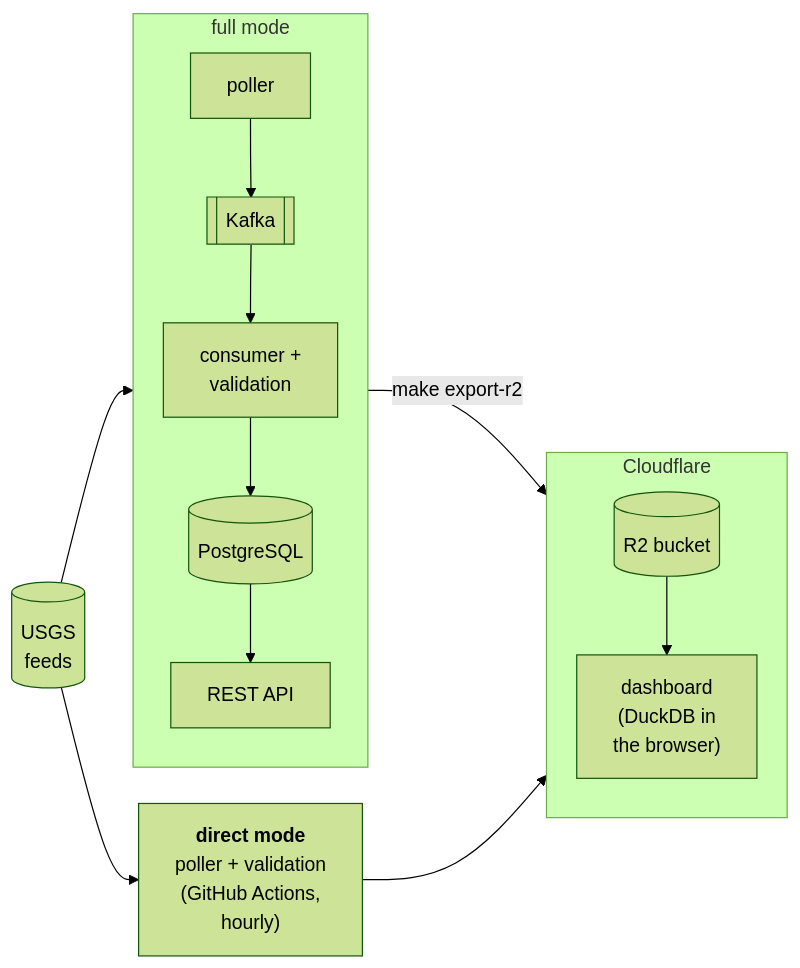
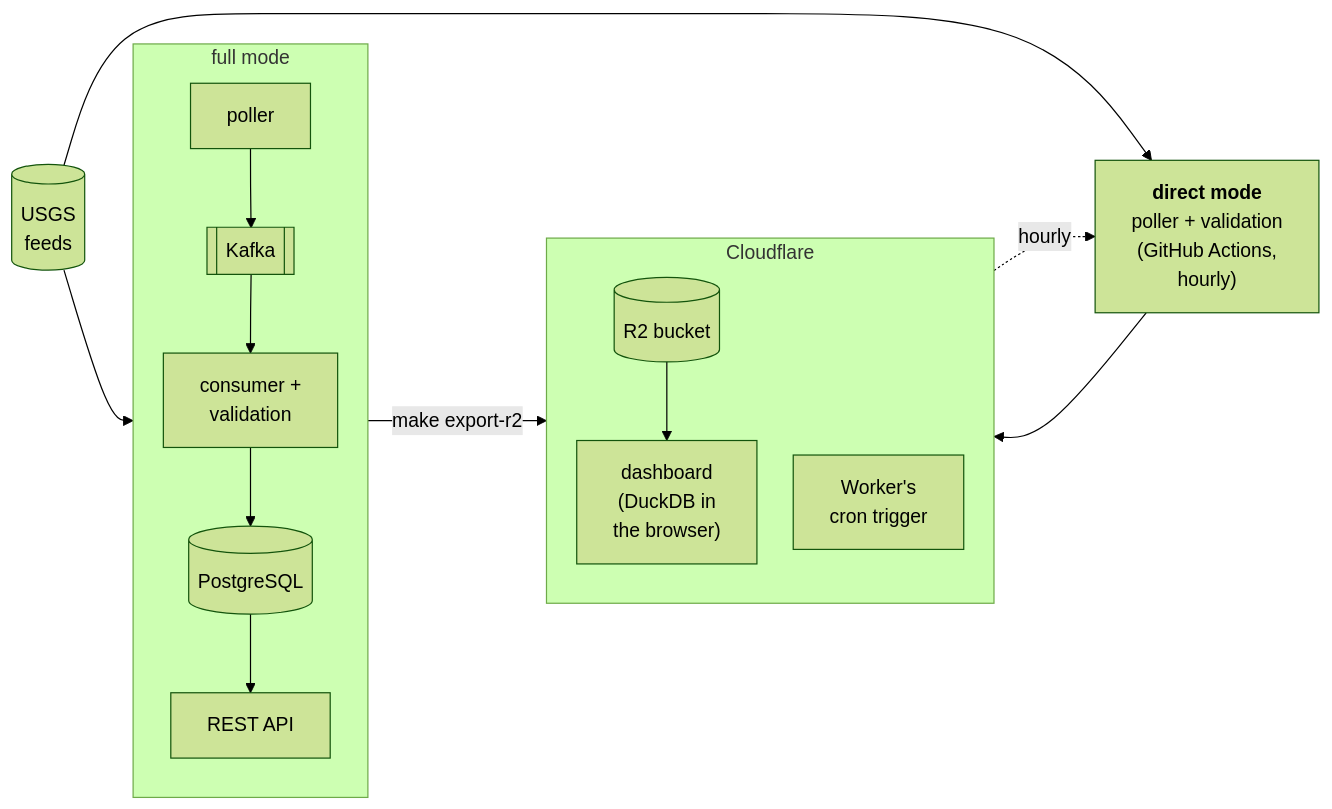
Before and after one commit to dienarvaez1/earth-hub: the first of 2 diagrams in README.md, drawn with Mermaid (forest theme). The commit also changed other lines of this file and 13 other files, not shown here.

````diff
--- a/README.md
+++ b/README.md
@@ -15,19 +15,21 @@
 ```mermaid
 %%{init: {"flowchart": {"rankSpacing": 40, "nodeSpacing": 30}}}%%
 flowchart LR
     usgs[("USGS<br/>feeds")]
     subgraph full["full mode"]
         direction TB
         poller --> kafka[["Kafka"]] --> consumer["consumer +<br/>validation"]
         consumer --> pg[("PostgreSQL")] --> api["REST API"]
     end
     direct["<b>direct mode</b><br/>poller + validation<br/>(GitHub Actions,<br/>hourly)"]
     subgraph cf["Cloudflare"]
         direction TB
         r2[("R2 bucket")] --> dash["dashboard<br/>(DuckDB in<br/>the browser)"]
+        cron["Worker's<br/>cron trigger"]
     end
     usgs --> full
     usgs --> direct
-    full -- "make export-r2" --> cf
-    direct --> cf
+    full -- "make export-r2" --> r2
+    direct --> r2
+    cron -. "hourly" .-> direct
 ```
````
